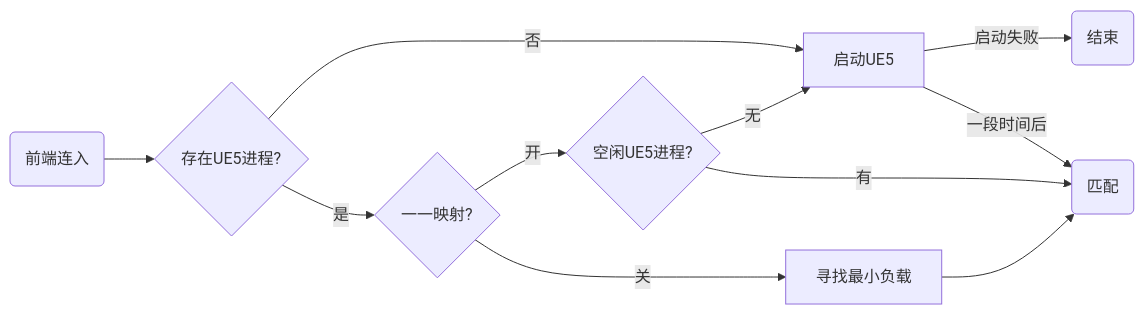
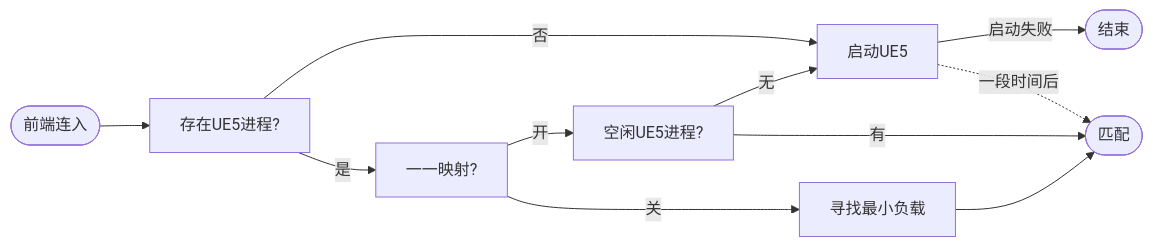
Before and after one commit to Mu-L/peer-stream: the diagram in README-zh.md, drawn with Mermaid.

````diff
--- a/README-zh.md
+++ b/README-zh.md
@@ -64,22 +64,22 @@
 ```mermaid
 flowchart LR;
-    121{一一映射?};
-    match(匹配);
-    finish(结束);
-    UE5{存在UE5进程?};
-    join(前端连入);
+    121[一一映射?];
+    match([匹配]);
+    finish([结束]);
+    UE5[存在UE5进程?];
+    join([前端连入]);
     start[启动UE5];
-    idle{空闲UE5进程?};
+    idle[空闲UE5进程?];
     min[寻找最小负载];
  
     join --> UE5;
     UE5 -->|否| start;
     start -->|启动失败| finish;
-    start -->|一段时间后| match;
+    start -. 一段时间后 .-> match;
     UE5 -->|是| 121;
     121 -->|开| idle; 
     idle -->|无| start;
     idle -->|有| match;
-    121 -->|关| min; 
-    min --> match;
+    121 -->|关| min --> match;
+
 ```
````
